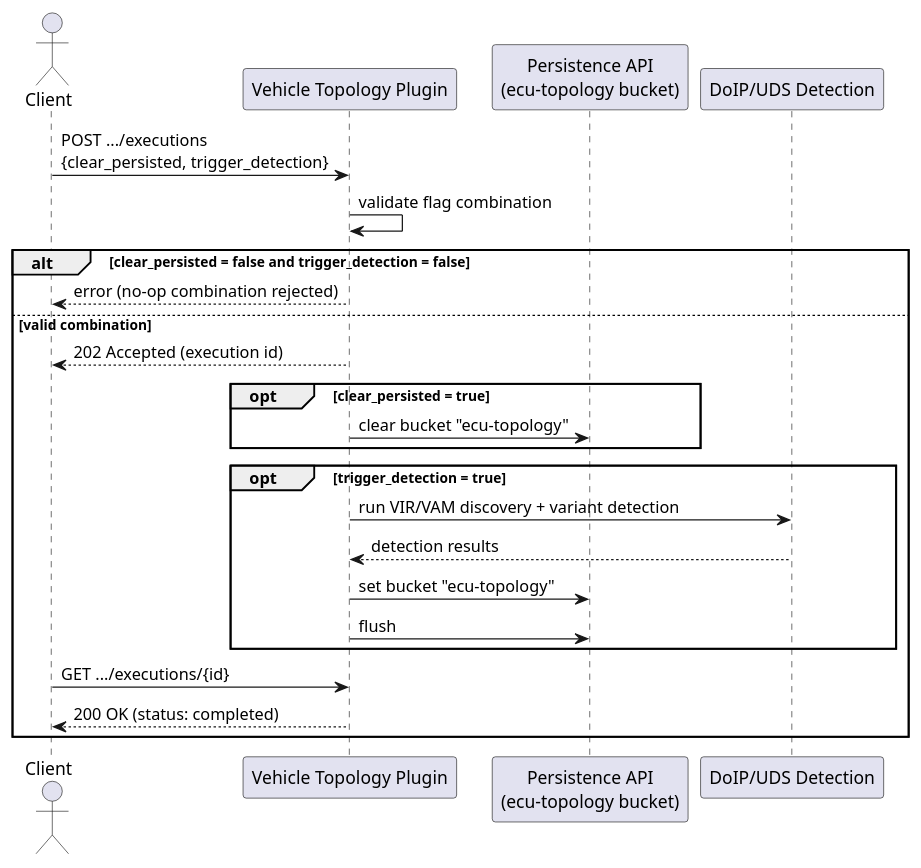
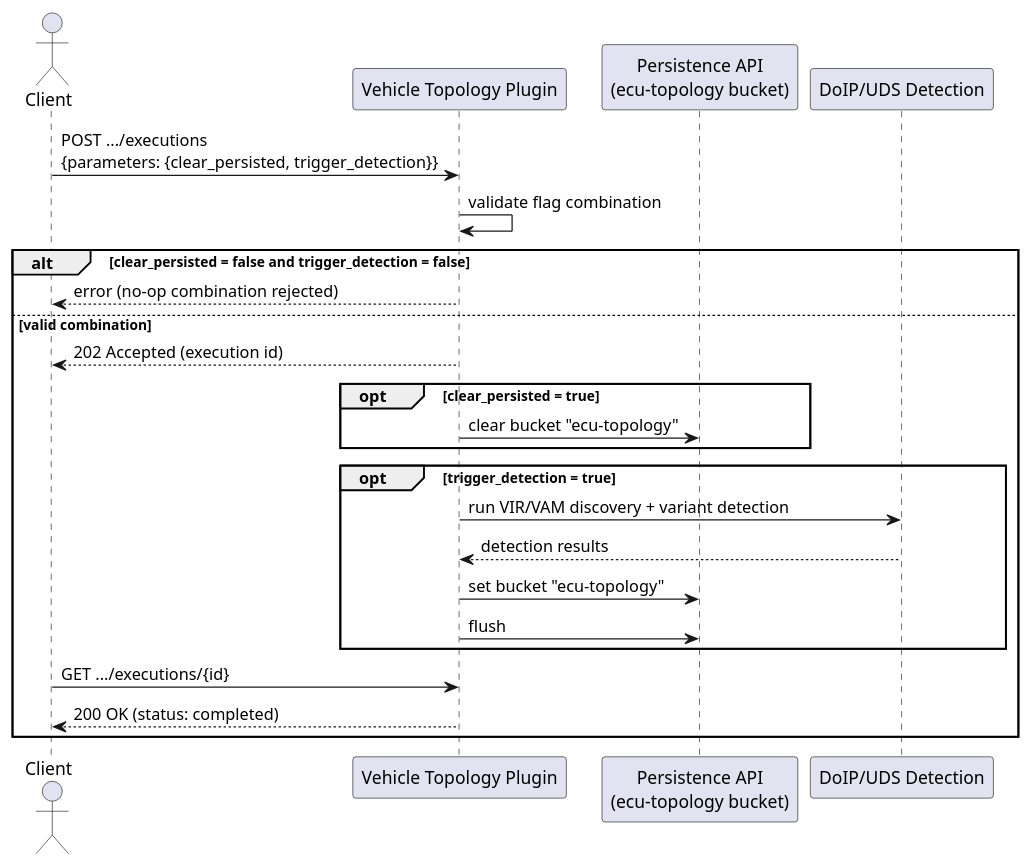
One commit to eclipse-opensovd/classic-diagnostic-adapter changed the second of 2 diagrams in docs/03_architecture/05_plugins/05_vehicle_topology.rst. Above: the diagram before and after it, drawn with PlantUML. The commit also changed other lines of this file and 4 other files, not shown here.

```diff
--- a/docs/03_architecture/05_plugins/05_vehicle_topology.rst
+++ b/docs/03_architecture/05_plugins/05_vehicle_topology.rst
@@ -166,28 +268,28 @@
     .. uml::
         :caption: networkreset with Persisted List Control
 
         @startuml
         actor Client
         participant "Vehicle Topology Plugin" as plugin
         participant "Persistence API\n(ecu-topology bucket)" as Persist
         participant "DoIP/UDS Detection" as Detect
 
-        Client -> plugin : POST .../executions\n{clear_persisted, trigger_detection}
+        Client -> plugin : POST .../executions\n{parameters: {clear_persisted, trigger_detection}}
         plugin -> plugin : validate flag combination
         alt clear_persisted = false and trigger_detection = false
             plugin --> Client : error (no-op combination rejected)
         else valid combination
             plugin --> Client : 202 Accepted (execution id)
             opt clear_persisted = true
                 plugin -> Persist : clear bucket "ecu-topology"
             end
             opt trigger_detection = true
                 plugin -> Detect : run VIR/VAM discovery + variant detection
                 Detect --> plugin : detection results
                 plugin -> Persist : set bucket "ecu-topology"
                 plugin -> Persist : flush
             end
             Client -> plugin : GET .../executions/{id}
             plugin --> Client : 200 OK (status: completed)
         end
         @enduml
```
